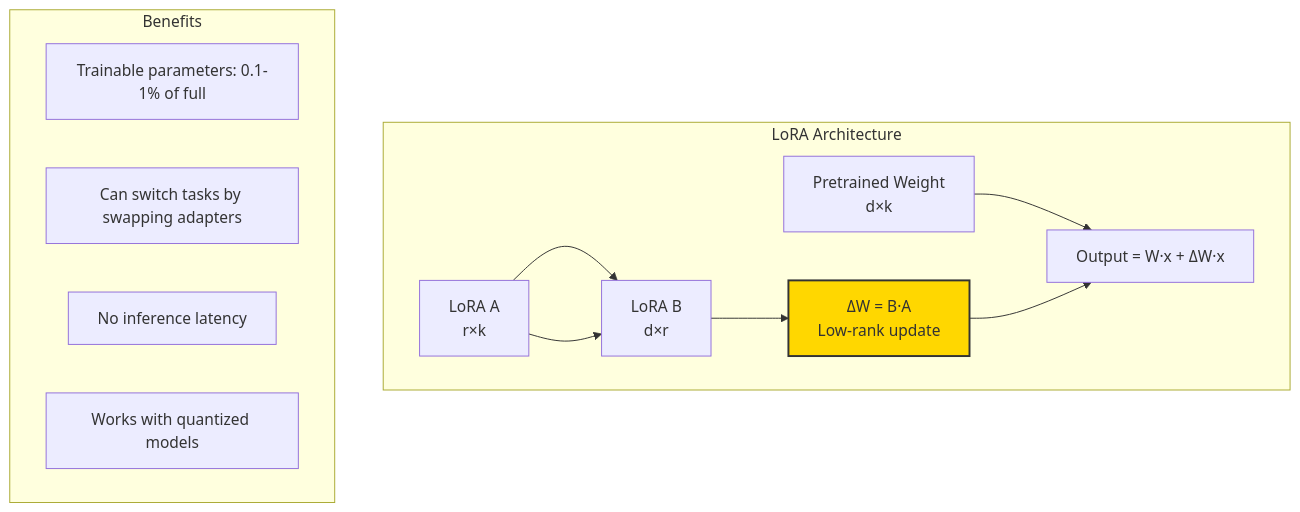
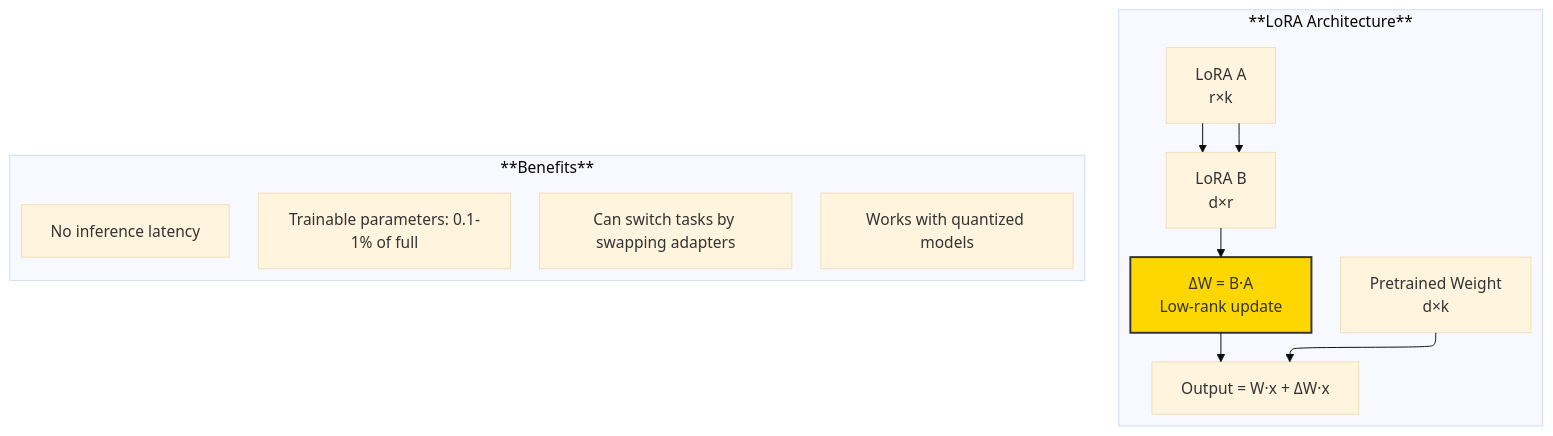
The third of 6 diagrams in The 2026 AI Metromap/The 2026 AI Metromap: Fine-Tuning vs. In-Context Learning – When to Train vs. When to Prompt.md (Vineet-Sharma-Medium-Stories/Medium-Build-Tool), drawn with Mermaid before and after one commit. The commit also changed other lines of this file and 37 other files, not shown here.

````diff
--- a/The 2026 AI Metromap/The 2026 AI Metromap: Fine-Tuning vs. In-Context Learning – When to Train vs. When to Prompt.md
+++ b/The 2026 AI Metromap/The 2026 AI Metromap: Fine-Tuning vs. In-Context Learning – When to Train vs. When to Prompt.md
@@ -292,21 +302,26 @@
 ```mermaid
+---
+config:
+  theme: base
+  layout: elk
+---
 graph TD
-    subgraph "LoRA Architecture"
+    subgraph "**LoRA Architecture**"
         W[Pretrained Weight<br/>d×k] --> O[Output = W·x + ΔW·x]
         
         A[LoRA A<br/>r×k] --> B[LoRA B<br/>d×r]
         A --> B
         B --> ΔW[ΔW = B·A<br/>Low-rank update]
         
         ΔW --> O
     end
     
-    subgraph "Benefits"
+    subgraph "**Benefits**"
         B1[Trainable parameters: 0.1-1% of full]
         B2[Can switch tasks by swapping adapters]
         B3[No inference latency]
         B4[Works with quantized models]
     end
     
     style ΔW fill:#ffd700,stroke:#333,stroke-width:2px
 ```
````
